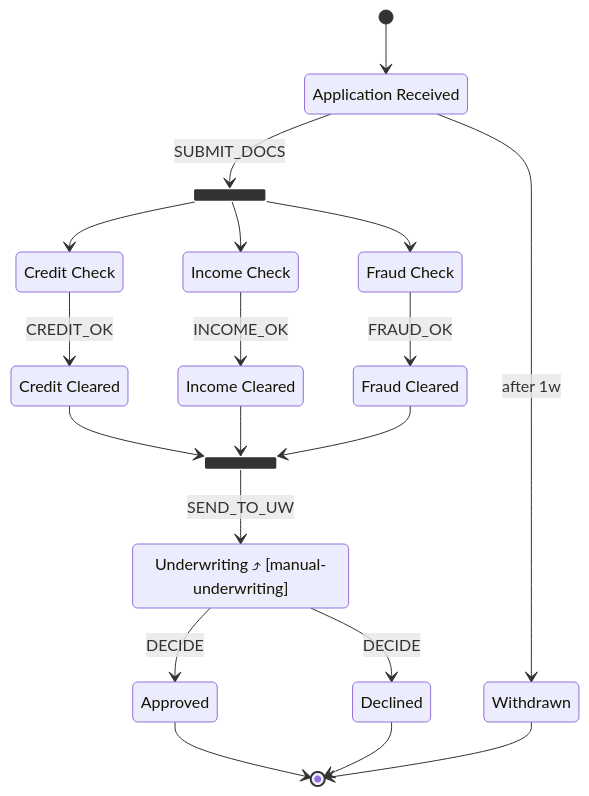
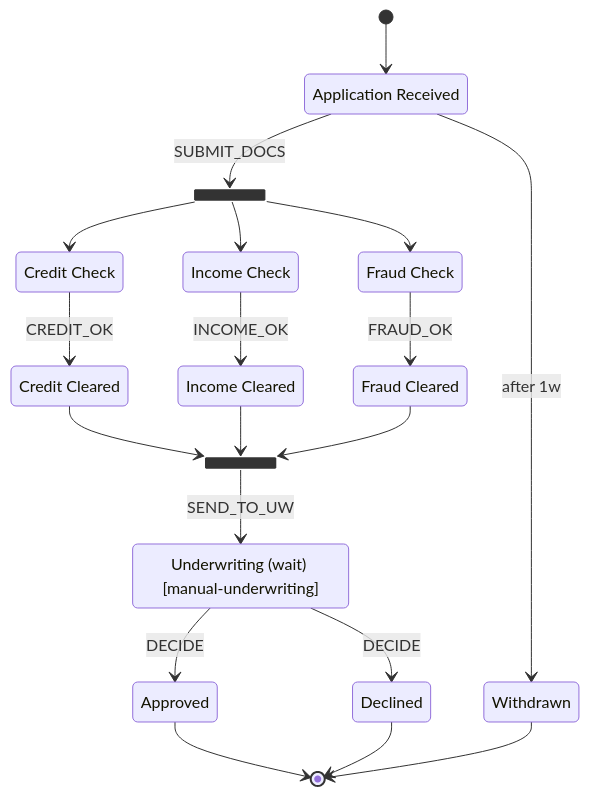
The diagram in docs/examples/diagrams/loan-origination.md (zihung20/flowyd), drawn with Mermaid before and after one commit. The commit also changed 2 other files, not shown here.

Commit message:
chore(docs): regenerate wait-state diagrams for (wait) marker
Sync the committed Mermaid partials with the source change already on main
(MermaidExporter WaitState suffix changed from a decorative glyph to a plain
"(wait)" text marker). Generated artifacts only.

````diff
--- a/docs/examples/diagrams/loan-origination.md
+++ b/docs/examples/diagrams/loan-origination.md
@@ -3,35 +3,35 @@
 ```mermaid
 stateDiagram-v2
   received : Application Received
   credit_cleared : Credit Cleared
   income_cleared : Income Cleared
   fraud_cleared : Fraud Cleared
   credit_check : Credit Check
   income_check : Income Check
   fraud_check : Fraud Check
   state run_checks <<fork>>
   state checks_complete <<join>>
-  state "Underwriting ⤴ [manual-underwriting]" as underwriting
+  state "Underwriting (wait) [manual-underwriting]" as underwriting
   approved : Approved
   declined : Declined
   withdrawn : Withdrawn
 
   [*] --> received
   received --> run_checks : SUBMIT_DOCS
   received --> withdrawn : after 1w
   credit_check --> credit_cleared : CREDIT_OK
   income_check --> income_cleared : INCOME_OK
   fraud_check --> fraud_cleared : FRAUD_OK
   checks_complete --> underwriting : SEND_TO_UW
   underwriting --> approved : DECIDE
   underwriting --> declined : DECIDE
   run_checks --> credit_check
   run_checks --> income_check
   run_checks --> fraud_check
   credit_cleared --> checks_complete
   income_cleared --> checks_complete
   fraud_cleared --> checks_complete
   approved --> [*]
   declined --> [*]
   withdrawn --> [*]
 ```
````
